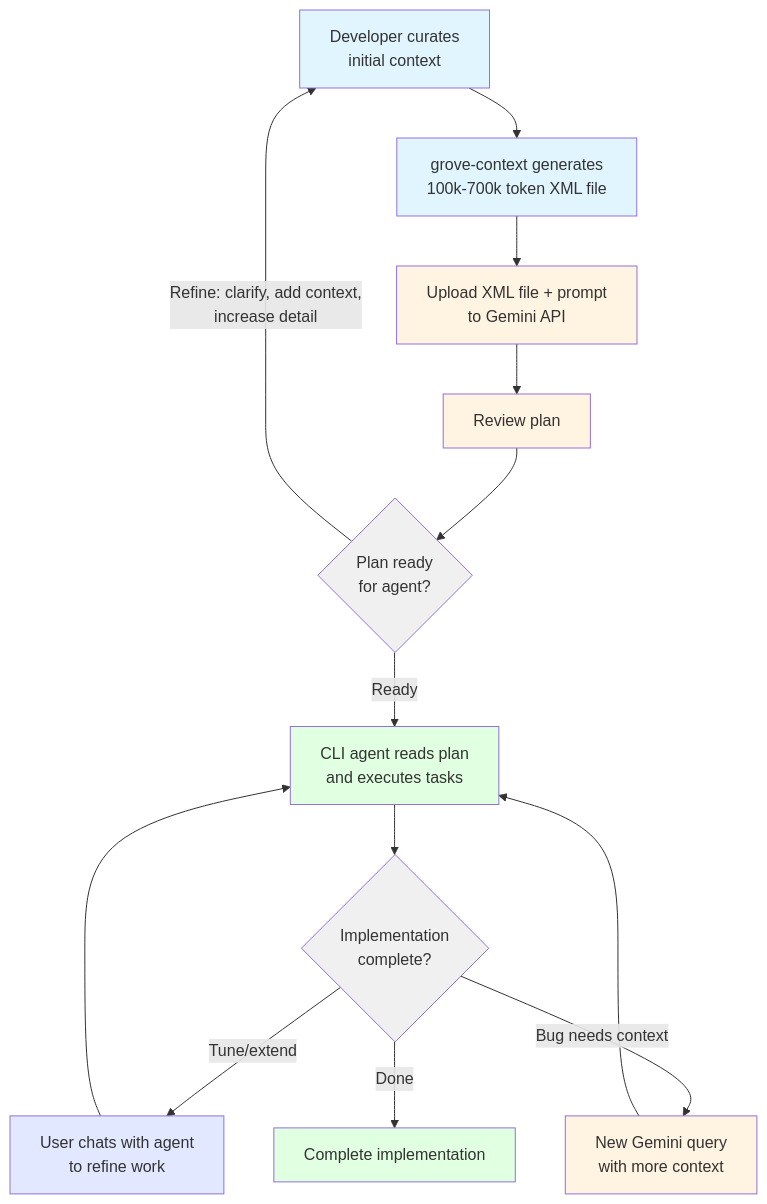
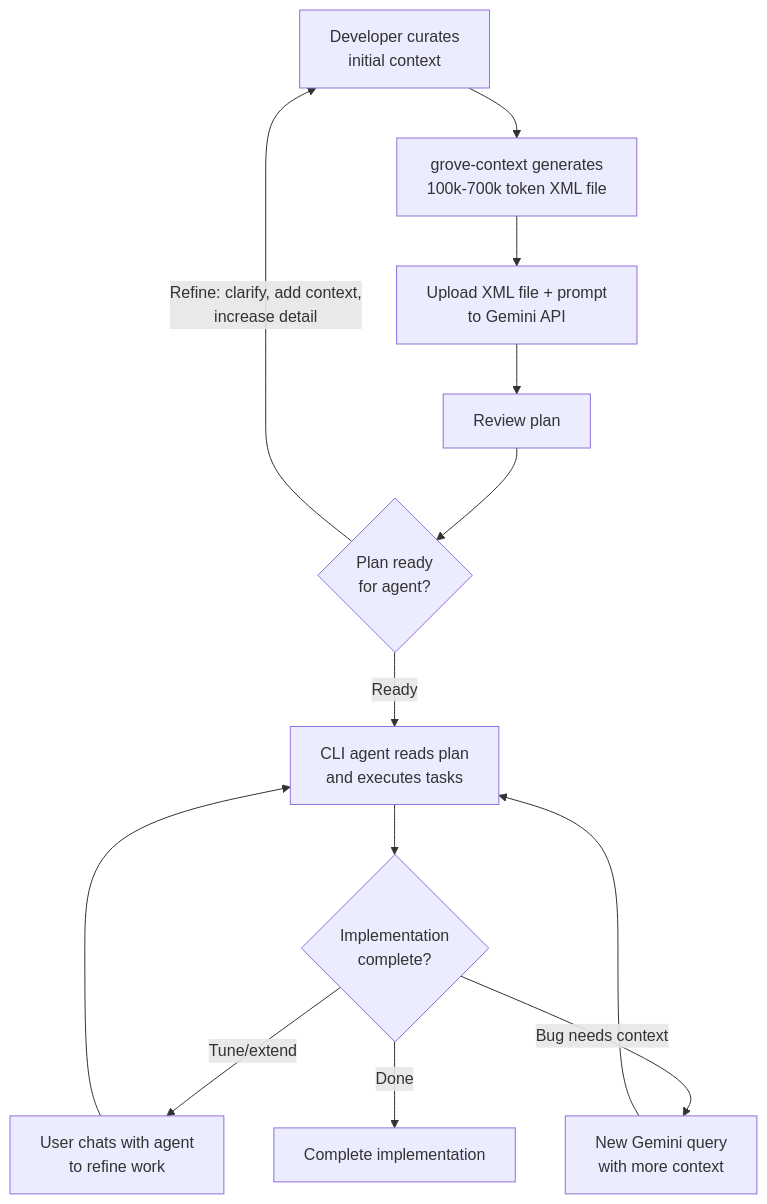
Before and after one commit to grovetools/cx: the second of 2 diagrams in docs/01-overview.md, drawn with Mermaid. The commit also changed other lines of this file and 3 other files, not shown here.

````diff
--- a/docs/01-overview.md
+++ b/docs/01-overview.md
@@ -46,26 +37,20 @@
 ```mermaid
 graph TD
     A["Developer curates<br/>initial context"] --> B["grove-context generates<br/>100k-700k token XML file"]
     B --> C["Upload XML file + prompt<br/>to Gemini API"]
     C --> D["Review plan"]
     D --> R{"Plan ready<br/>for agent?"}
     R -->|"Refine: clarify, add context,<br/>increase detail"| A
     R -->|"Ready"| E["CLI agent reads plan<br/>and executes tasks"]
     E --> F{"Implementation<br/>complete?"}
     F -->|"Tune/extend"| G["User chats with agent<br/>to refine work"]
     G --> E
     F -->|"Bug needs context"| H["New Gemini query<br/>with more context"]
     H --> E
     F -->|"Done"| I["Complete implementation"]
 
-    style A fill:#e1f5ff
-    style B fill:#e1f5ff
-    style C fill:#fff3e1
-    style D fill:#fff3e1
-    style R fill:#f0f0f0
-    style E fill:#e1ffe1
-    style F fill:#f0f0f0
-    style G fill:#e1e8ff
-    style H fill:#fff3e1
-    style I fill:#e1ffe1
+    class A,B cyanNode
+    class C,D,H yellowNode
+    class E,I successNode
+    class G blueNode
 ```
````
